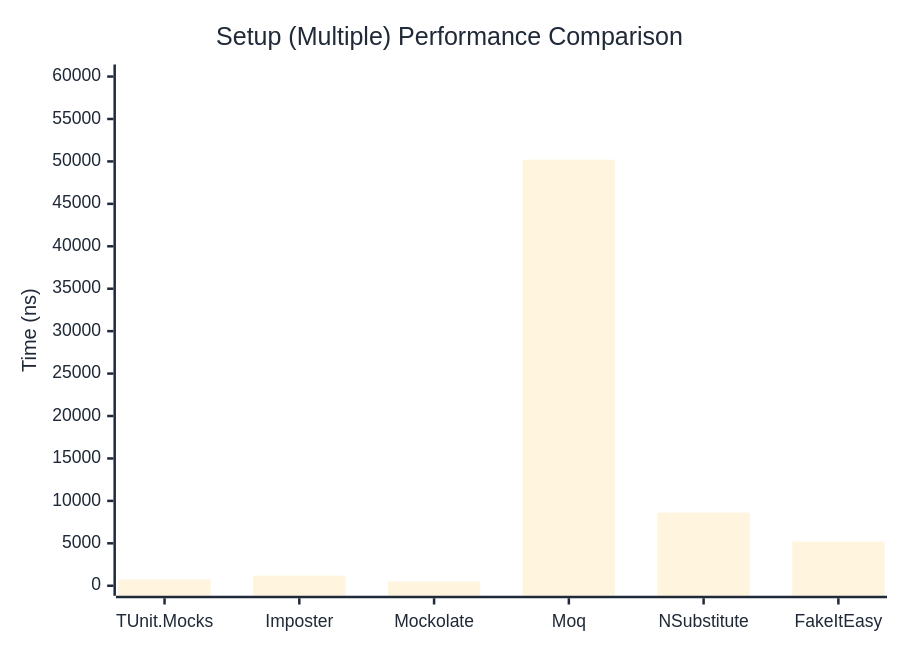
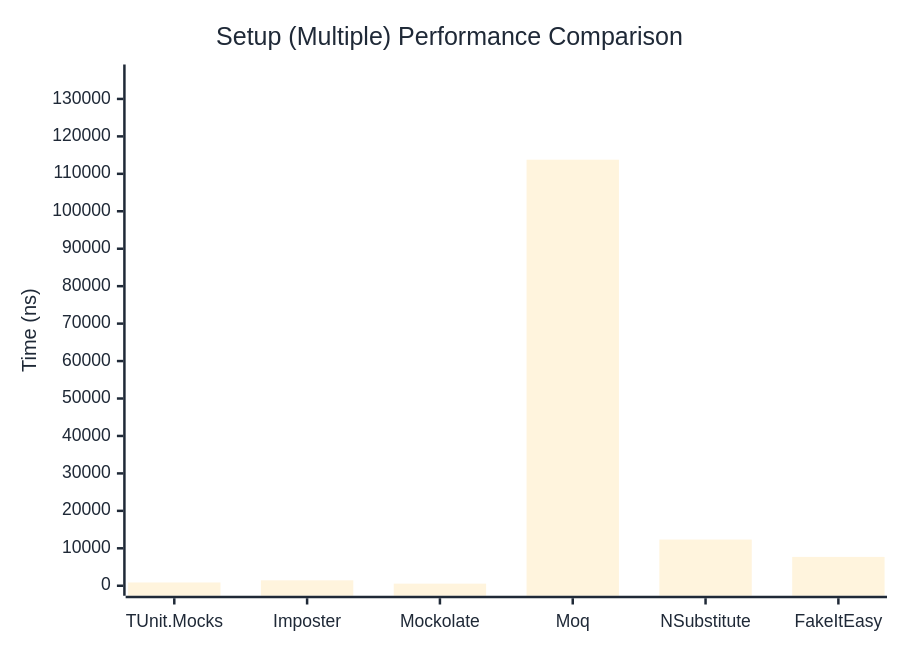
One commit to thomhurst/TUnit changed the second of 2 diagrams in docs/docs/benchmarks/mocks/Setup.md. Above: the diagram before and after it, drawn with Mermaid. The commit also changed other lines of this file and 14 other files, not shown here.

````diff
--- a/docs/docs/benchmarks/mocks/Setup.md
+++ b/docs/docs/benchmarks/mocks/Setup.md
@@ -71,27 +71,27 @@
 ```mermaid
 %%{init: {
   'theme':'base',
   'themeVariables': {
     'primaryColor': '#2563eb',
     'primaryTextColor': '#1f2937',
     'primaryBorderColor': '#1e40af',
     'lineColor': '#6b7280',
     'secondaryColor': '#7c3aed',
     'tertiaryColor': '#dc2626',
     'background': '#ffffff',
     'pie1': '#2563eb',
     'pie2': '#7c3aed',
     'pie3': '#dc2626',
     'pie4': '#f59e0b',
     'pie5': '#10b981',
     'pie6': '#06b6d4',
     'pie7': '#ec4899',
     'pie8': '#6366f1'
   }
 }}%%
 xychart-beta
   title "Setup (Multiple) Performance Comparison"
   x-axis ["TUnit.Mocks", "Imposter", "Mockolate", "Moq", "NSubstitute", "FakeItEasy"]
-  y-axis "Time (ns)" 0 --> 60242
-  bar [740.4, 1194.2, 499.5, 50201, 8614.9, 5203.3]
+  y-axis "Time (ns)" 0 --> 136524
+  bar [875.3, 1450.2, 561.1, 113770, 12331.8, 7699.7]
 ```
````
